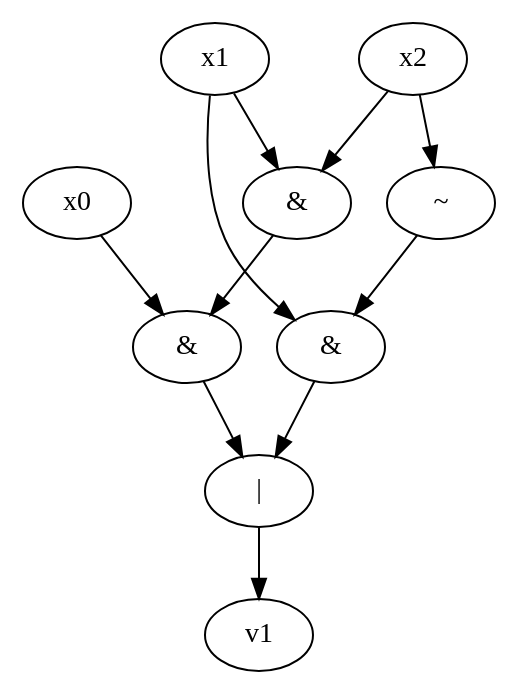
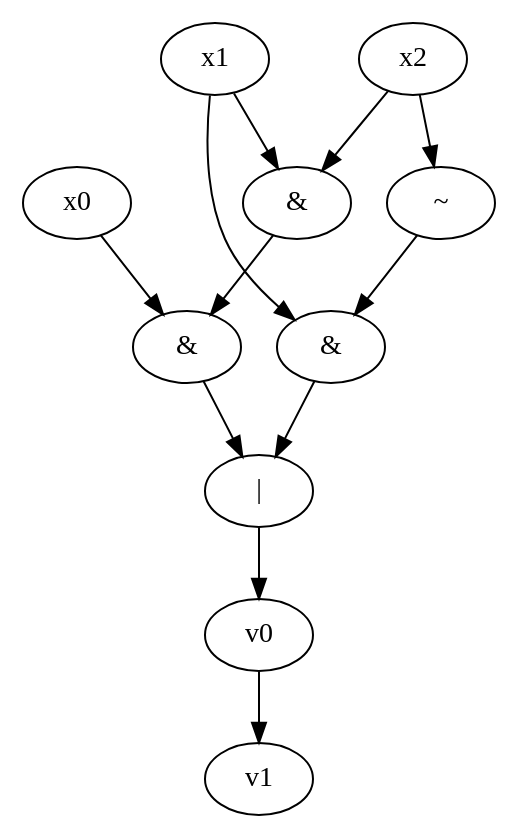
The diagram in tmp2.dot (yadej/graph_project), drawn with Graphviz before and after one commit. The commit also changed 3 other files, not shown here.

```diff
--- a/tmp2.dot
+++ b/tmp2.dot
@@ -1,18 +1,19 @@
 digraph G { 
-v0 [label="|"]; 
-v2 [label="&"]; 
-v3 [label="x0"]; 
-v4 [label="&"]; 
-v5 [label="x1"]; 
-v6 [label="x2"]; 
-v7 [label="&"]; 
-v9 [label="~"]; 
+v2 [label="|"]; 
+v3 [label="&"]; 
+v4 [label="x0"]; 
+v5 [label="&"]; 
+v6 [label="x1"]; 
+v7 [label="x2"]; 
+v8 [label="&"]; 
+v10 [label="~"]; 
 v0 -> v1;
 v2 -> v0;
 v3 -> v2;
-v4 -> v2;
-v5 -> v4;
-v5 -> v7 -> v0;
-v6 -> v4;
-v6 -> v9 -> v7;
+v4 -> v3;
+v5 -> v3;
+v6 -> v5;
+v6 -> v8 -> v2;
+v7 -> v5;
+v7 -> v10 -> v8;
 }
```
